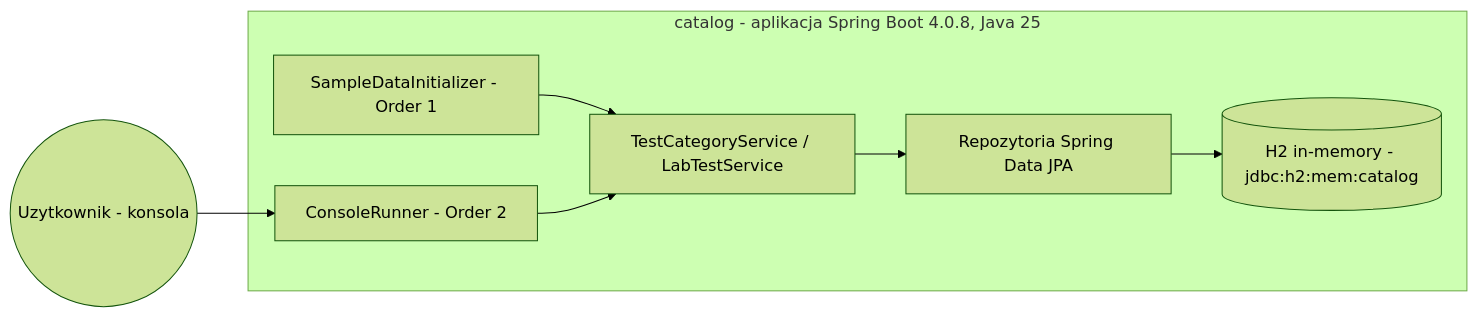
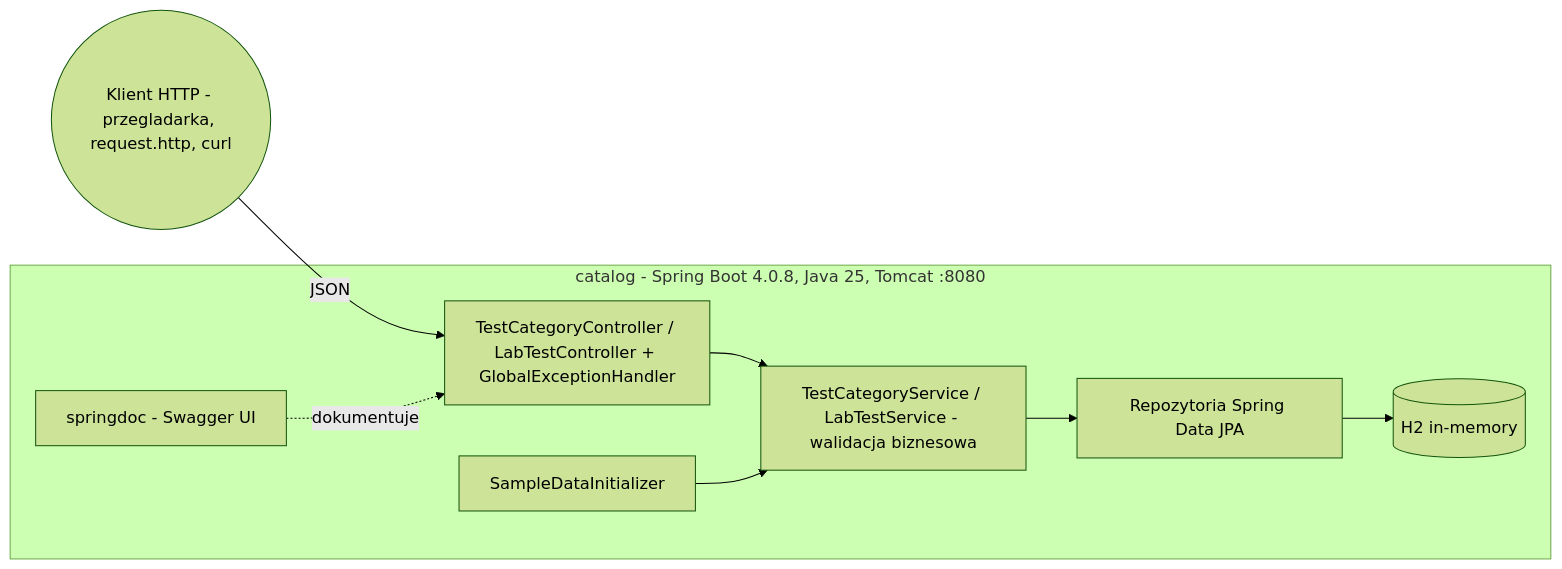
Before and after one commit to Zambrzyckii/Medata: the first of 2 diagrams in docs/pl/ARCHITECTURE.md, drawn with Mermaid (forest theme). The commit also changed other lines of this file and 15 other files, not shown here.

Commit message:
[LAB 3] REST API: DTOs, controllers with hierarchical routes and status codes, cascade delete, global error handler, request.http, springdoc

````diff
--- a/docs/pl/ARCHITECTURE.md
+++ b/docs/pl/ARCHITECTURE.md
@@ -8,10 +8,11 @@
 ```mermaid
 flowchart LR
-    User((Uzytkownik - konsola)) --> Runner
-    subgraph app [catalog - aplikacja Spring Boot 4.0.8, Java 25]
-        Init[SampleDataInitializer - Order 1] --> Services
-        Runner[ConsoleRunner - Order 2] --> Services
-        Services[TestCategoryService / LabTestService] --> Repos[Repozytoria Spring Data JPA]
-        Repos --> H2[(H2 in-memory - jdbc:h2:mem:catalog)]
+    Client((Klient HTTP - przegladarka, request.http, curl)) -->|JSON| Controllers
+    subgraph app [catalog - Spring Boot 4.0.8, Java 25, Tomcat :8080]
+        Controllers[TestCategoryController / LabTestController + GlobalExceptionHandler] --> Services
+        Init[SampleDataInitializer] --> Services
+        Services[TestCategoryService / LabTestService - walidacja biznesowa] --> Repos[Repozytoria Spring Data JPA]
+        Repos --> H2[(H2 in-memory)]
+        Swagger[springdoc - Swagger UI] -.dokumentuje.-> Controllers
     end
 ```
````
